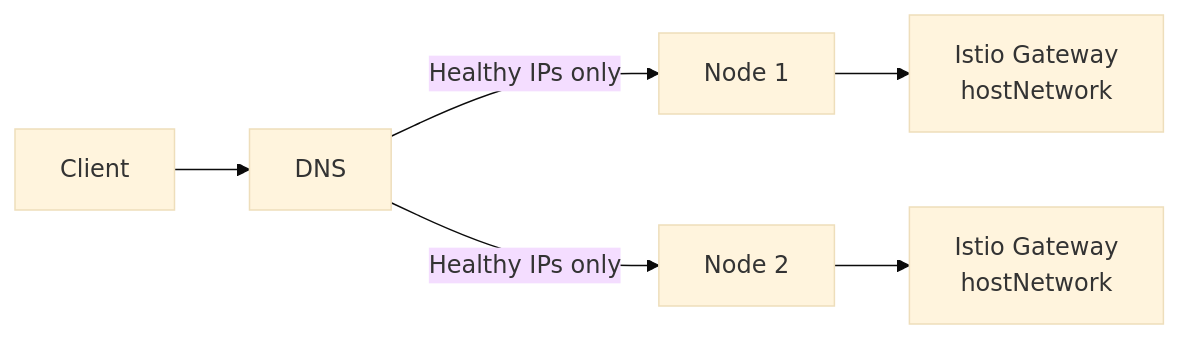
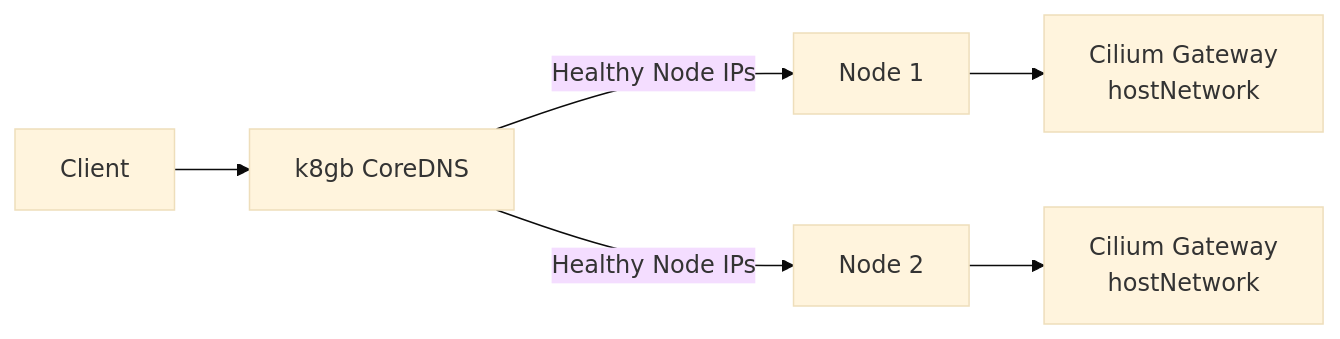
One commit to openova-io/handbook changed the third of 6 diagrams in docs/specs/SPEC-DNS-FAILOVER.md. Above: the diagram before and after it, drawn with Mermaid (base theme). The commit also changed other lines of this file and 19 other files, not shown here.

First line of the commit message:
docs: update architecture for Cilium Service Mesh and Gitea

````diff
--- a/docs/specs/SPEC-DNS-FAILOVER.md
+++ b/docs/specs/SPEC-DNS-FAILOVER.md
@@ -96,8 +136,8 @@
 ```mermaid
 flowchart LR
-    Client --> DNS[DNS]
-    DNS -->|"Healthy IPs only"| Node1[Node 1]
-    DNS -->|"Healthy IPs only"| Node2[Node 2]
-    Node1 --> GW1[Istio Gateway<br/>hostNetwork]
-    Node2 --> GW2[Istio Gateway<br/>hostNetwork]
+    Client --> K8GB[k8gb CoreDNS]
+    K8GB -->|"Healthy Node IPs"| Node1[Node 1]
+    K8GB -->|"Healthy Node IPs"| Node2[Node 2]
+    Node1 --> GW1[Cilium Gateway<br/>hostNetwork]
+    Node2 --> GW2[Cilium Gateway<br/>hostNetwork]
 ```
````
